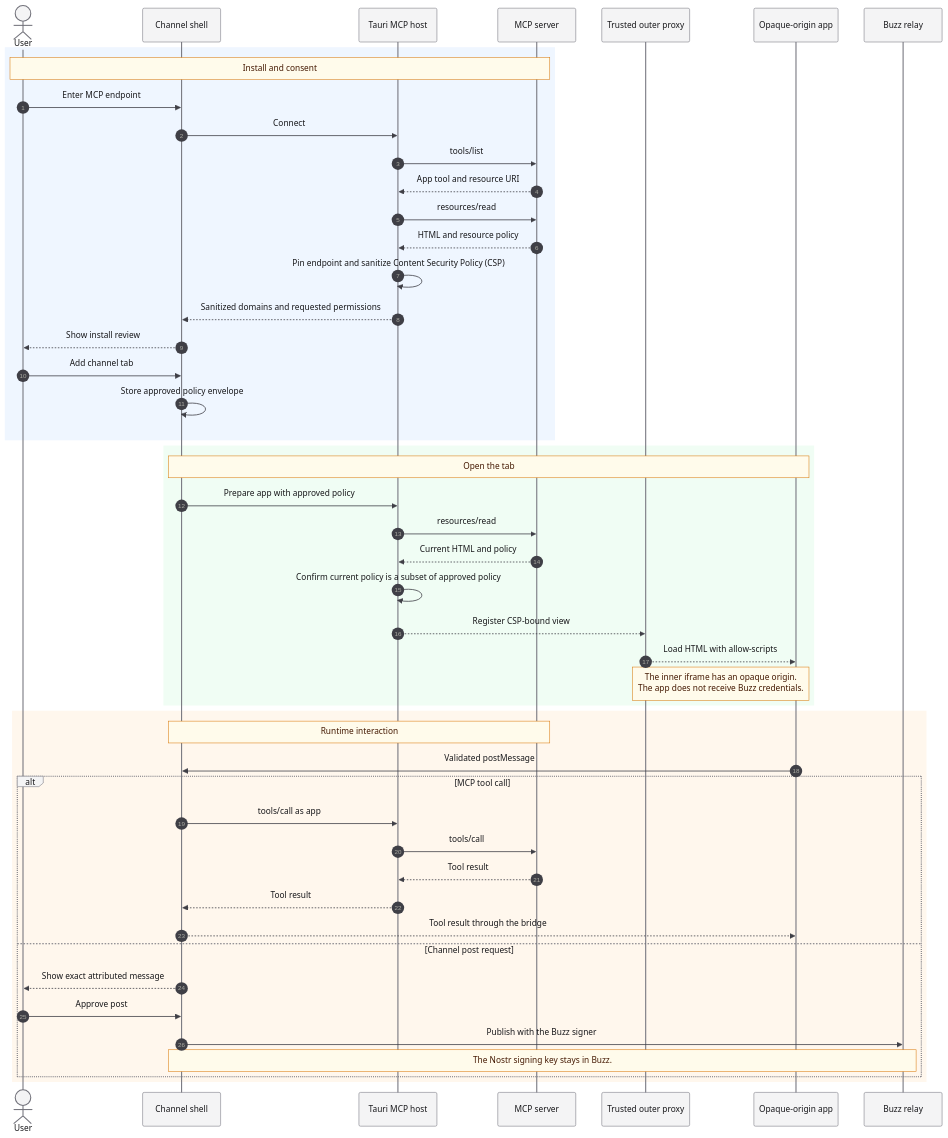
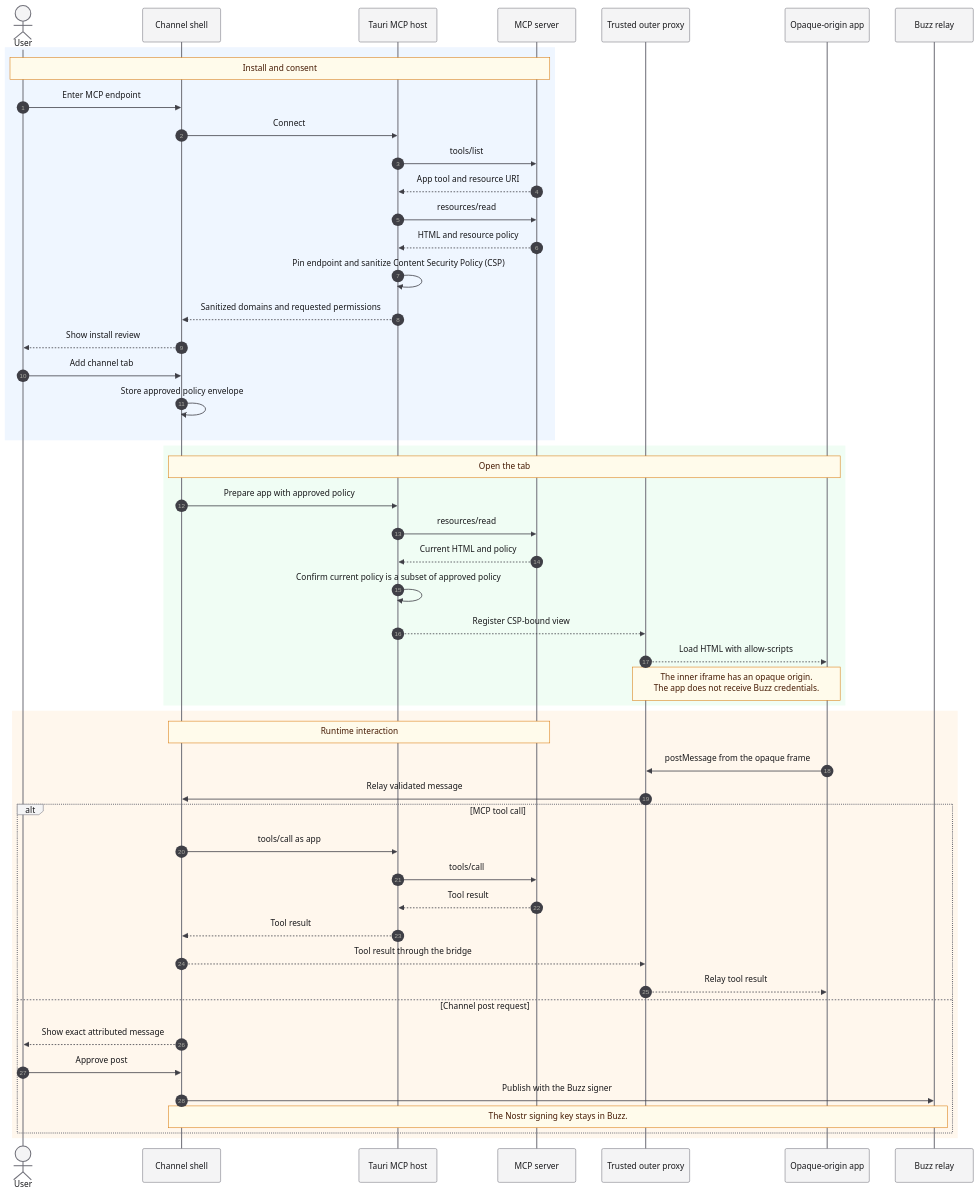
Before and after one commit to block/buzz: the diagram in docs/architecture/mcp-app-channel-host.mmd, drawn with Mermaid. The commit also changed 1 other file, not shown here.

Commit message:
docs(architecture): clarify MCP App proxy path

```diff
--- a/docs/architecture/mcp-app-channel-host.mmd
+++ b/docs/architecture/mcp-app-channel-host.mmd
@@ -1,68 +1,70 @@
 %%{init: {"theme": "base", "themeVariables": {
   "background": "#ffffff",
   "primaryColor": "#eff6ff",
   "primaryTextColor": "#172554",
   "primaryBorderColor": "#2563eb",
   "lineColor": "#52525b",
   "actorBkg": "#f4f4f5",
   "actorBorder": "#71717a",
   "actorTextColor": "#18181b",
   "signalColor": "#3f3f46",
   "signalTextColor": "#18181b",
   "noteBkgColor": "#fffbeb",
   "noteBorderColor": "#d97706",
   "noteTextColor": "#451a03",
   "fontFamily": "Inter, ui-sans-serif, system-ui, sans-serif"
 }}}%%
 sequenceDiagram
   autonumber
   actor User
   participant Shell as Channel shell
   participant Host as Tauri MCP host
   participant Server as MCP server
   participant Proxy as Trusted outer proxy
   participant App as Opaque-origin app
   participant Relay as Buzz relay
 
   rect rgb(239, 246, 255)
     Note over User,Server: Install and consent
     User->>Shell: Enter MCP endpoint
     Shell->>Host: Connect
     Host->>Server: tools/list
     Server-->>Host: App tool and resource URI
     Host->>Server: resources/read
     Server-->>Host: HTML and resource policy
     Host->>Host: Pin endpoint and sanitize Content Security Policy (CSP)
     Host-->>Shell: Sanitized domains and requested permissions
     Shell-->>User: Show install review
     User->>Shell: Add channel tab
     Shell->>Shell: Store approved policy envelope
   end
 
   rect rgb(240, 253, 244)
     Note over Shell,App: Open the tab
     Shell->>Host: Prepare app with approved policy
     Host->>Server: resources/read
     Server-->>Host: Current HTML and policy
     Host->>Host: Confirm current policy is a subset of approved policy
     Host-->>Proxy: Register CSP-bound view
     Proxy-->>App: Load HTML with allow-scripts
     Note over Proxy,App: The inner iframe has an opaque origin.<br/>The app does not receive Buzz credentials.
   end
 
   rect rgb(255, 247, 237)
     Note over Shell,Server: Runtime interaction
-    App->>Shell: Validated postMessage
+    App->>Proxy: postMessage from the opaque frame
+    Proxy->>Shell: Relay validated message
     alt MCP tool call
       Shell->>Host: tools/call as app
       Host->>Server: tools/call
       Server-->>Host: Tool result
       Host-->>Shell: Tool result
-      Shell-->>App: Tool result through the bridge
+      Shell-->>Proxy: Tool result through the bridge
+      Proxy-->>App: Relay tool result
     else Channel post request
       Shell-->>User: Show exact attributed message
       User->>Shell: Approve post
       Shell->>Relay: Publish with the Buzz signer
       Note over Shell,Relay: The Nostr signing key stays in Buzz.
     end
   end
```
